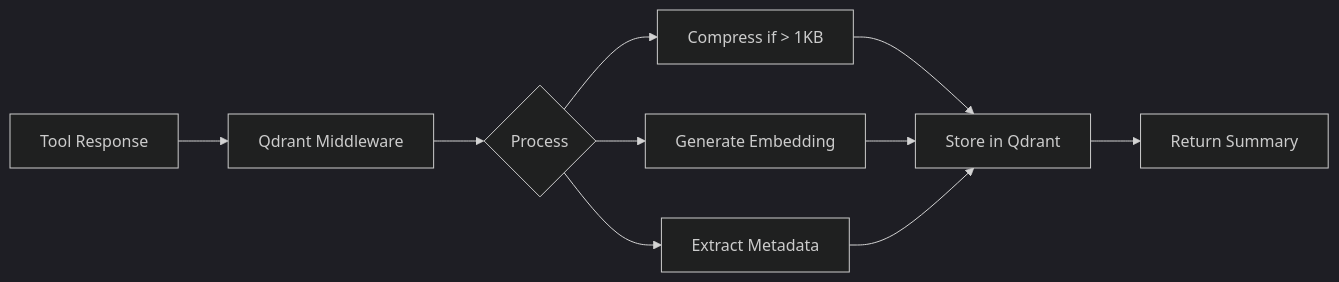
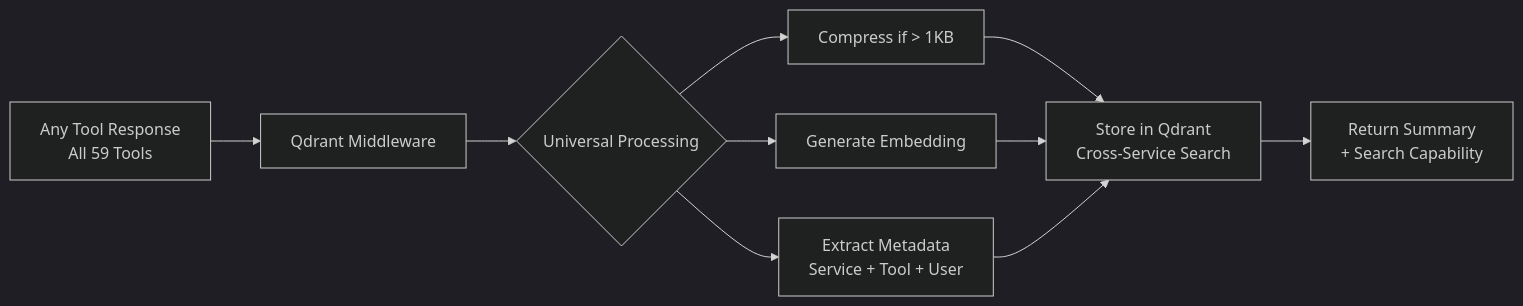
Before and after one commit to dipseth/google_workspace_fastmcp2: the third of 3 diagrams in README.md, drawn with Mermaid (dark theme). The commit also changed other lines of this file and 36 other files, not shown here.

````diff
--- a/README.md
+++ b/README.md
@@ -313,12 +382,12 @@
 ```mermaid
 graph LR
-    A[Tool Response] --> B[Qdrant Middleware]
-    B --> C{Process}
+    A[Any Tool Response<br/>All 59 Tools] --> B[Qdrant Middleware]
+    B --> C{Universal Processing}
     C --> D[Compress if > 1KB]
     C --> E[Generate Embedding]
-    C --> F[Extract Metadata]
-    D --> G[Store in Qdrant]
+    C --> F[Extract Metadata<br/>Service + Tool + User]
+    D --> G[Store in Qdrant<br/>Cross-Service Search]
     E --> G
     F --> G
-    G --> H[Return Summary]
+    G --> H[Return Summary<br/>+ Search Capability]
 ```
````
